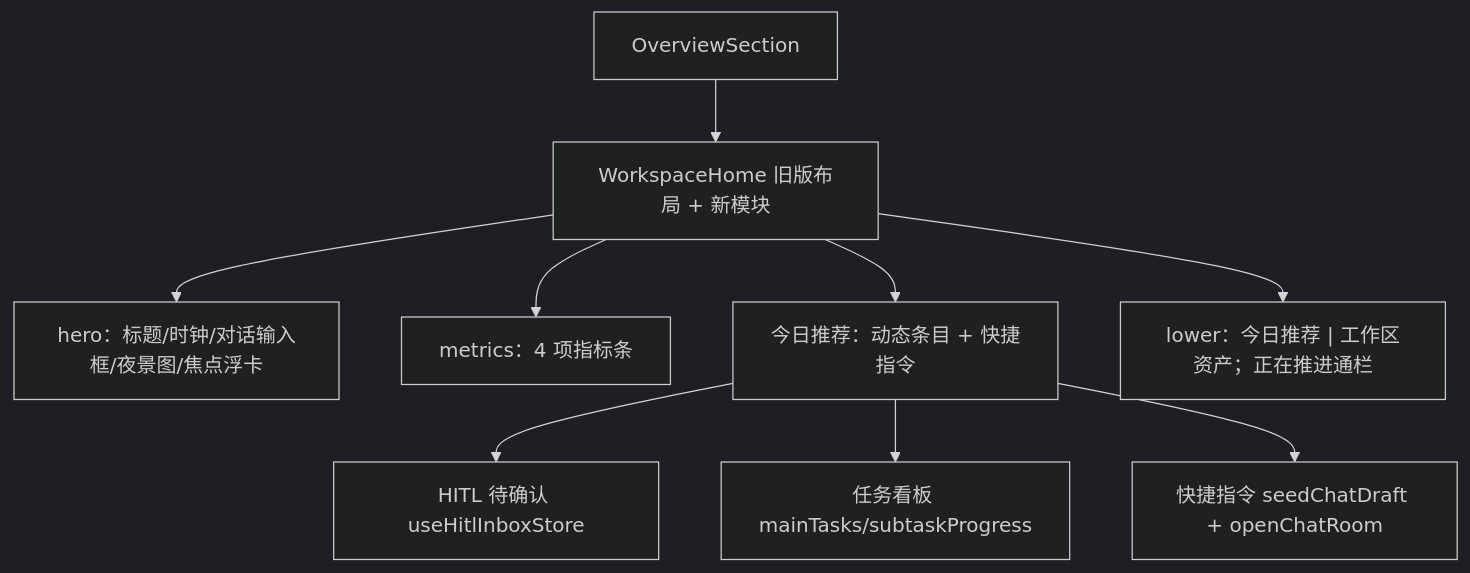
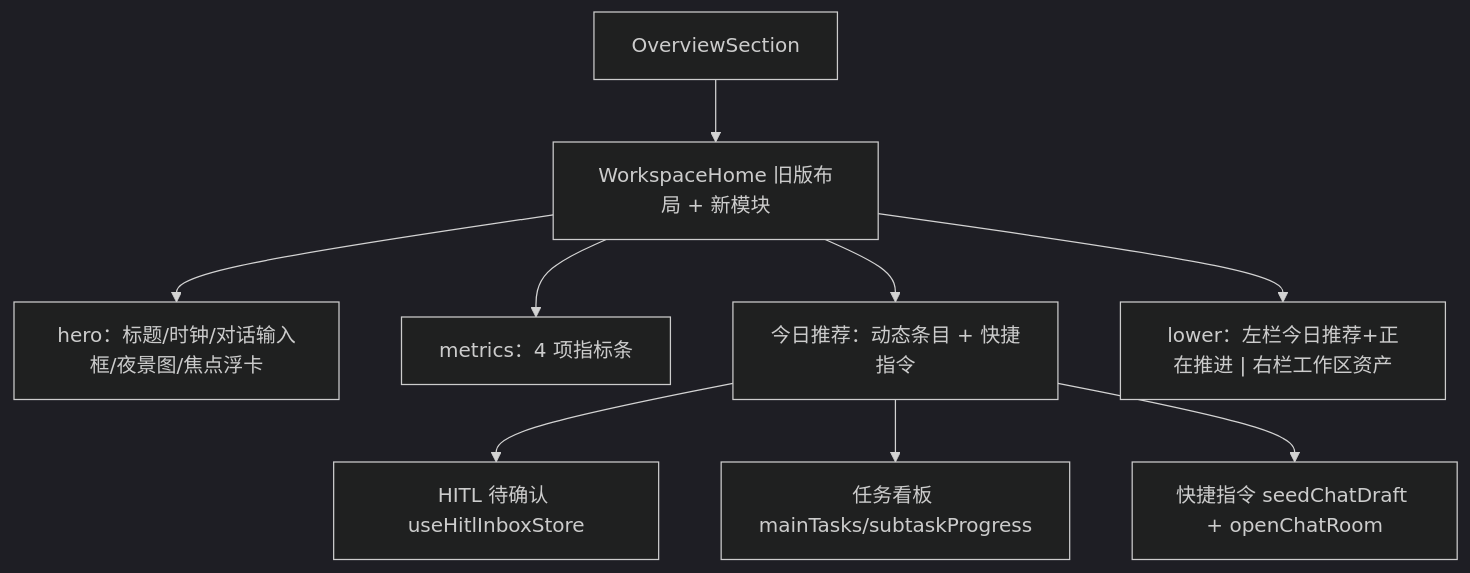
One commit to agentteams-group/agentteams-dashboard changed the diagram in .monkeycode/specs/home-classic-revert-chat-recommendations/design.md. Above: the diagram before and after it, drawn with Mermaid (dark theme). The commit also changed other lines of this file and 4 other files, not shown here.

````diff
--- a/.monkeycode/specs/home-classic-revert-chat-recommendations/design.md
+++ b/.monkeycode/specs/home-classic-revert-chat-recommendations/design.md
@@ -12,11 +12,11 @@
 ```mermaid
 graph TD
     A["OverviewSection"] --> B["WorkspaceHome 旧版布局 + 新模块"]
     B --> C["hero：标题/时钟/对话输入框/夜景图/焦点浮卡"]
     B --> D["metrics：4 项指标条"]
     B --> E["今日推荐：动态条目 + 快捷指令"]
-    B --> F["lower：今日推荐 | 工作区资产；正在推进通栏"]
+    B --> F["lower：左栏今日推荐+正在推进 | 右栏工作区资产"]
     E --> G["HITL 待确认 useHitlInboxStore"]
     E --> H["任务看板 mainTasks/subtaskProgress"]
     E --> I["快捷指令 seedChatDraft + openChatRoom"]
 ```
````
